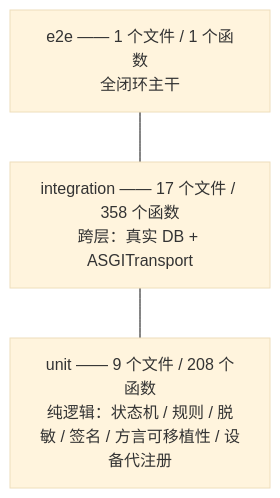
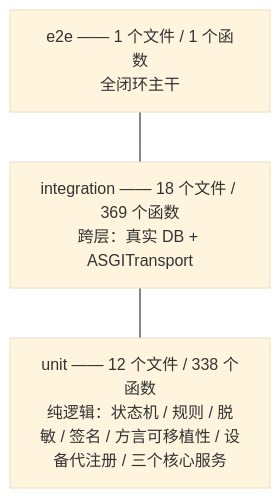
The first of 6 diagrams in docs/11-测试与质量保障.md (Peterwong666/ToyVerse-Cloud), drawn with Mermaid (base theme) before and after one commit. The commit also changed other lines of this file and 6 other files, not shown here.

````diff
--- a/docs/11-测试与质量保障.md
+++ b/docs/11-测试与质量保障.md
@@ -58,7 +61,7 @@
 ```mermaid
 flowchart TB
     E["e2e —— 1 个文件 / 1 个函数<br/>全闭环主干"]
-    I["integration —— 17 个文件 / 358 个函数<br/>跨层：真实 DB + ASGITransport"]
-    U["unit —— 9 个文件 / 208 个函数<br/>纯逻辑：状态机 / 规则 / 脱敏 / 签名 / 方言可移植性 / 设备代注册"]
+    I["integration —— 18 个文件 / 369 个函数<br/>跨层：真实 DB + ASGITransport"]
+    U["unit —— 12 个文件 / 338 个函数<br/>纯逻辑：状态机 / 规则 / 脱敏 / 签名 / 方言可移植性 / 设备代注册 / 三个核心服务"]
     E --- I --- U
 ```
````
